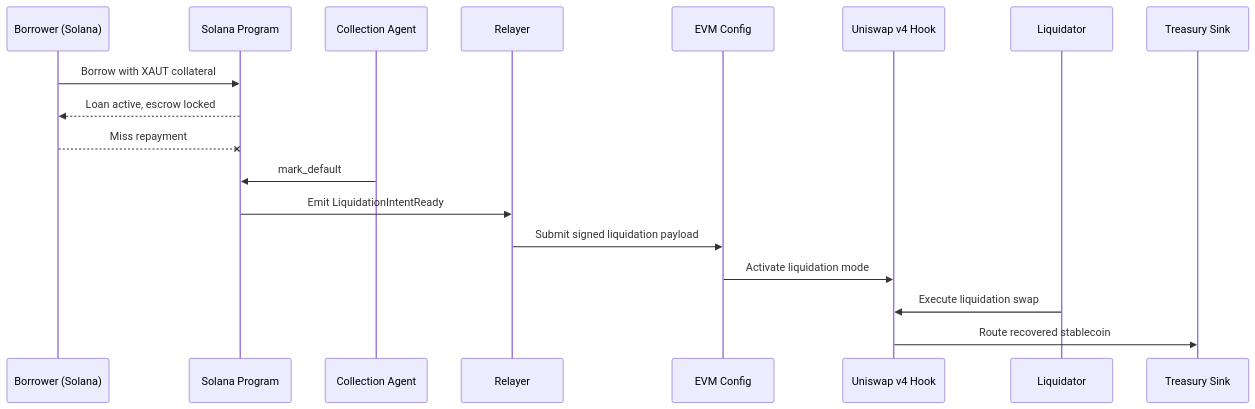
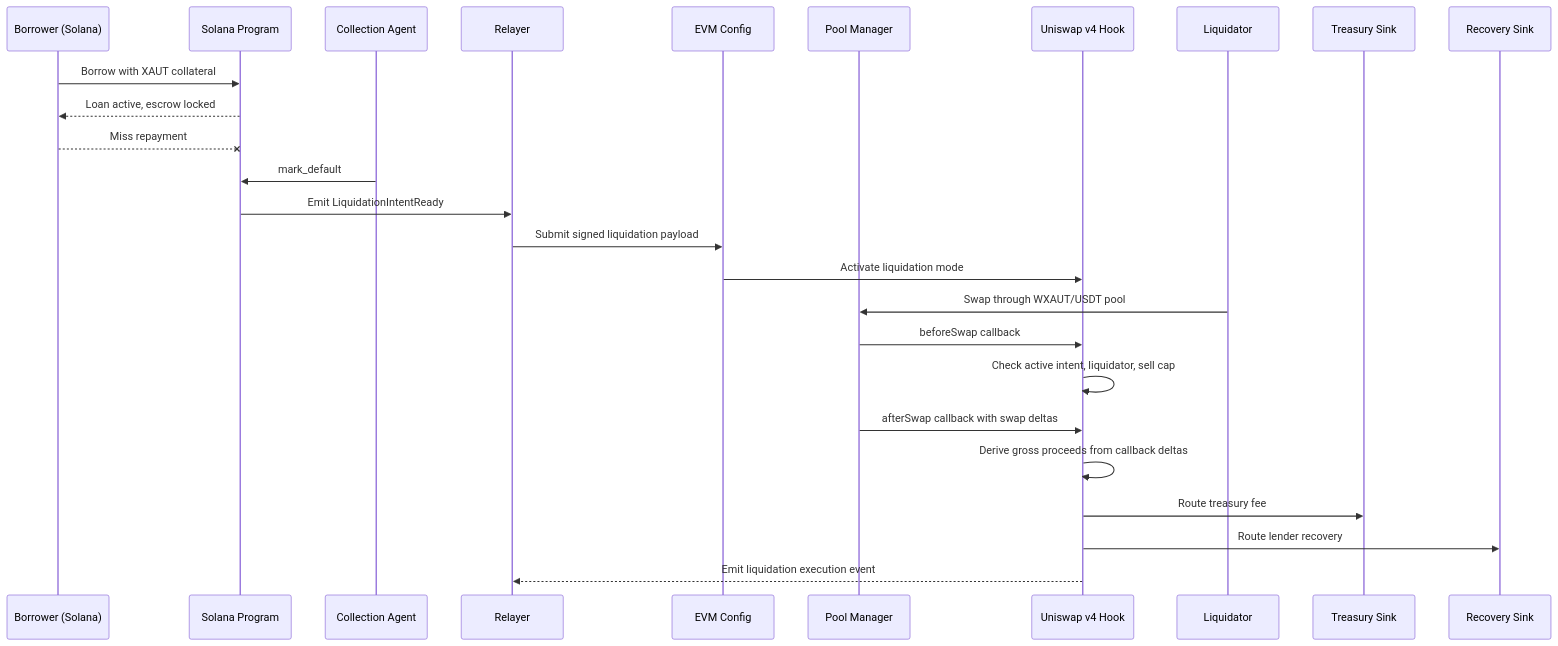
Before and after one commit to terabyte-trifler/credagent: the diagram in cross-chain-liquidation/docs/SEQUENCE.md, drawn with Mermaid. The commit also changed other lines of this file and 7 other files, not shown here.

````diff
--- a/cross-chain-liquidation/docs/SEQUENCE.md
+++ b/cross-chain-liquidation/docs/SEQUENCE.md
@@ -3,21 +3,29 @@
 ```mermaid
 sequenceDiagram
     participant B as Borrower (Solana)
     participant S as Solana Program
     participant C as Collection Agent
     participant R as Relayer
     participant E as EVM Config
+    participant PM as Pool Manager
     participant H as Uniswap v4 Hook
     participant L as Liquidator
     participant T as Treasury Sink
+    participant X as Recovery Sink
 
     B->>S: Borrow with XAUT collateral
     S-->>B: Loan active, escrow locked
     B--xS: Miss repayment
     C->>S: mark_default
     S->>R: Emit LiquidationIntentReady
     R->>E: Submit signed liquidation payload
     E->>H: Activate liquidation mode
-    L->>H: Execute liquidation swap
-    H->>T: Route recovered stablecoin
+    L->>PM: Swap through WXAUT/USDT pool
+    PM->>H: beforeSwap callback
+    H->>H: Check active intent, liquidator, sell cap
+    PM->>H: afterSwap callback with swap deltas
+    H->>H: Derive gross proceeds from callback deltas
+    H->>T: Route treasury fee
+    H->>X: Route lender recovery
+    H-->>R: Emit liquidation execution event
 ```
````
